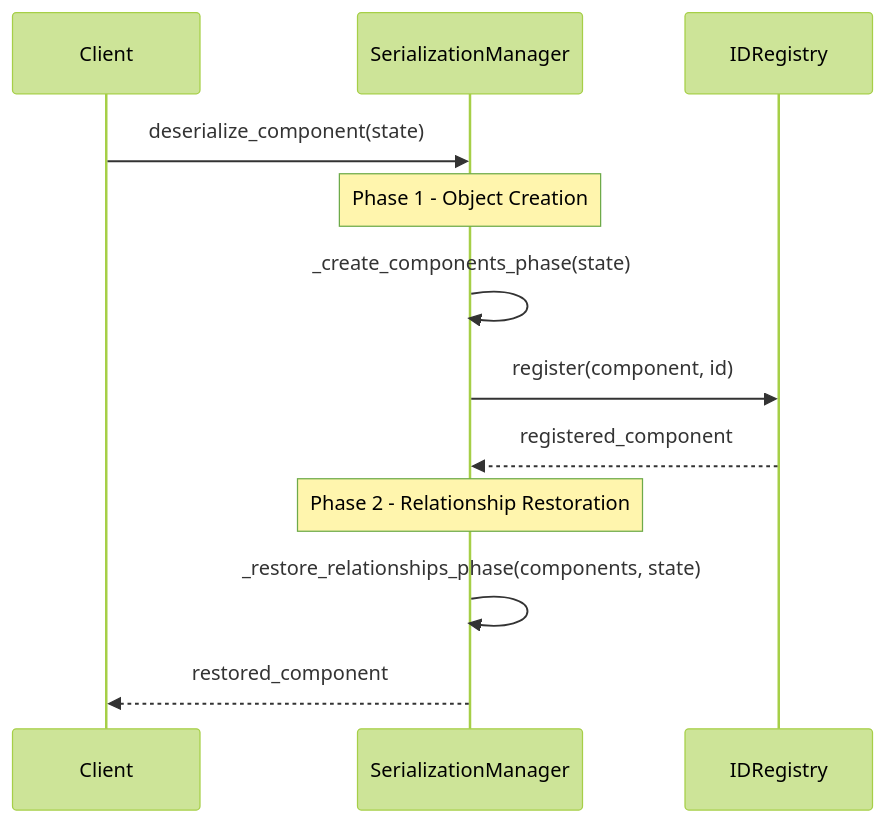
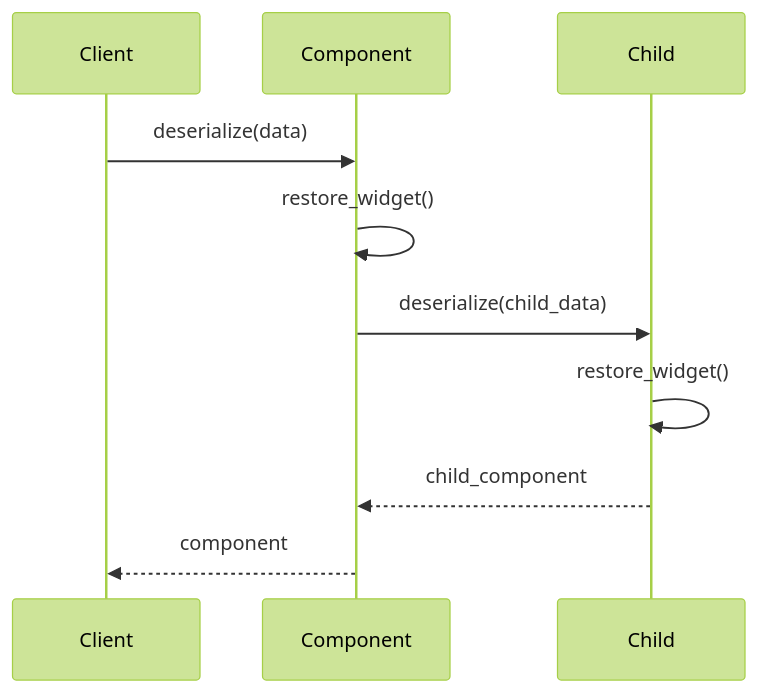
One commit to maro7tigre/PySignalDecipher changed the third of 3 diagrams in command_system/docs/serialization_implimentation.md. Above: the diagram before and after it, drawn with Mermaid (forest theme). The commit also changed other lines of this file and 6 other files, not shown here.

````diff
--- a/command_system/docs/serialization_implimentation.md
+++ b/command_system/docs/serialization_implimentation.md
@@ -555,17 +212,13 @@
 ```mermaid
 sequenceDiagram
     participant Client
-    participant SM as SerializationManager
-    participant IDReg as IDRegistry
+    participant Component
+    participant Child
     
-    Client->>SM: deserialize_component(state)
-    
-    Note over SM: Phase 1 - Object Creation
-    SM->>SM: _create_components_phase(state)
-    SM->>IDReg: register(component, id)
-    IDReg-->>SM: registered_component
-    
-    Note over SM: Phase 2 - Relationship Restoration
-    SM->>SM: _restore_relationships_phase(components, state)
-    SM-->>Client: restored_component
+    Client->>Component: deserialize(data)
+    Component->>Component: restore_widget()
+    Component->>Child: deserialize(child_data)
+    Child->>Child: restore_widget()
+    Child-->>Component: child_component
+    Component-->>Client: component
 ```
````
